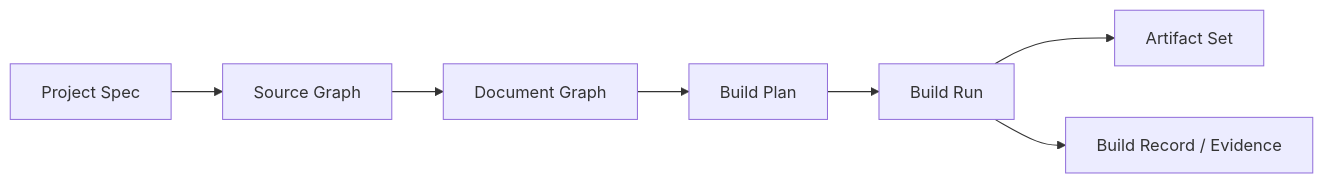
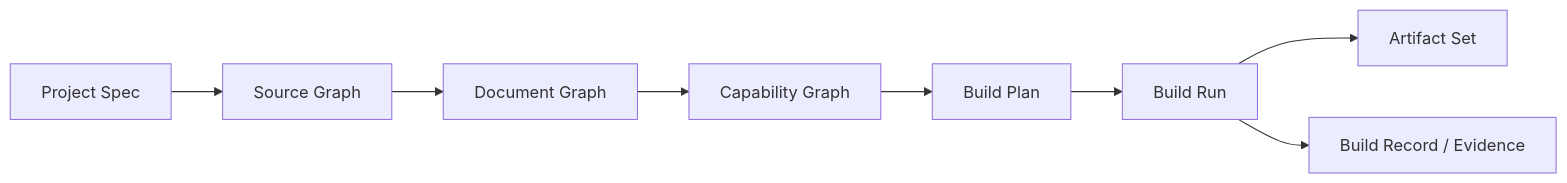
One commit to Crackovis/Mdforge changed the eighth of 12 diagrams in _/agents/roaming/memory-diagrams/01-product-architecture/memory-diagram-mdforge-modular-agent-native-document-forge.md. Above: the diagram before and after it, drawn with Mermaid. The commit also changed other lines of this file, not shown here.

````diff
--- a/_/agents/roaming/memory-diagrams/01-product-architecture/memory-diagram-mdforge-modular-agent-native-document-forge.md
+++ b/_/agents/roaming/memory-diagrams/01-product-architecture/memory-diagram-mdforge-modular-agent-native-document-forge.md
@@ -220,9 +608,10 @@
 ```mermaid
 flowchart LR
-    P[Project Spec] --> S[Source Graph]
-    S --> D[Document Graph]
-    D --> B[Build Plan]
-    B --> R[Build Run]
-    R --> A[Artifact Set]
-    R --> E[Build Record / Evidence]
+    P["Project Spec"] --> S["Source Graph"]
+    S --> D["Document Graph"]
+    D --> C["Capability Graph"]
+    C --> B["Build Plan"]
+    B --> R["Build Run"]
+    R --> A["Artifact Set"]
+    R --> E["Build Record / Evidence"]
 ```
````
